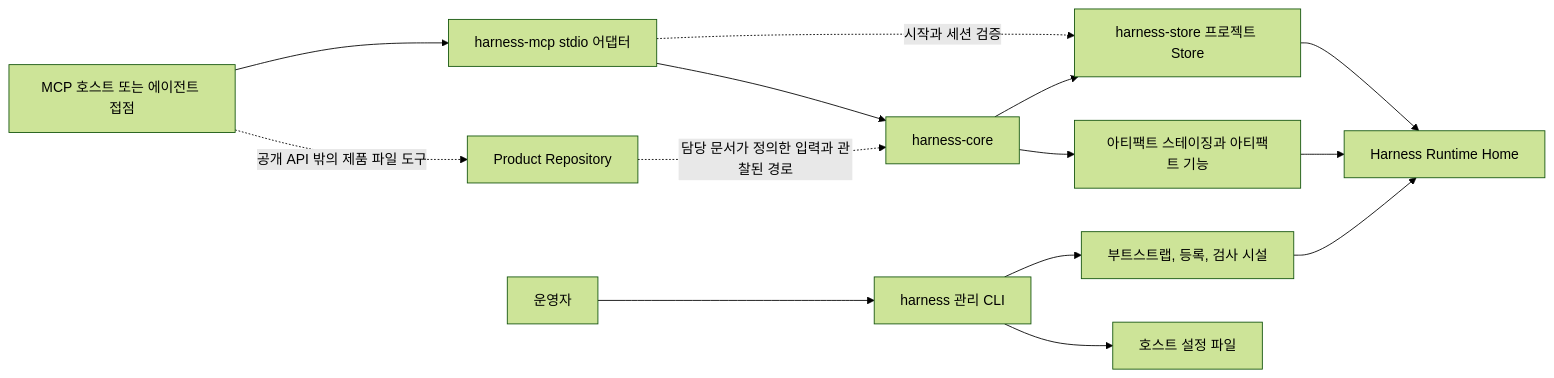
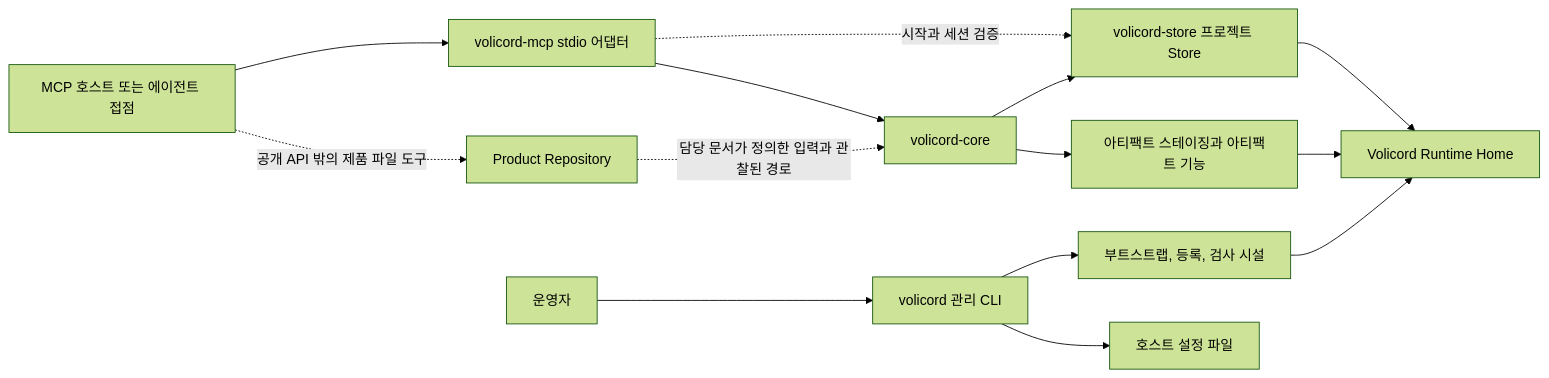
The first of 4 diagrams in docs/ko/development/architecture.md (minjungw00/Harness_Project), drawn with Mermaid (forest theme) before and after one commit. The commit also changed other lines of this file and 59 other files, not shown here.

````diff
--- a/docs/ko/development/architecture.md
+++ b/docs/ko/development/architecture.md
@@ -15,30 +15,30 @@
 ```mermaid
 flowchart LR
   host[MCP 호스트 또는 에이전트 접점]
-  mcp["harness-mcp stdio 어댑터"]
-  core["harness-core"]
-  store["harness-store 프로젝트 Store"]
+  mcp["volicord-mcp stdio 어댑터"]
+  core["volicord-core"]
+  store["volicord-store 프로젝트 Store"]
   artifacts[아티팩트 스테이징과 아티팩트 기능]
   operator[운영자]
-  cli["harness 관리 CLI"]
+  cli["volicord 관리 CLI"]
   bootstrap[부트스트랩, 등록, 검사 시설]
-  runtime["Harness Runtime Home"]
+  runtime["Volicord Runtime Home"]
   config[호스트 설정 파일]
   product["Product Repository"]
 
   host --> mcp
   mcp --> core
   mcp -. 시작과 세션 검증 .-> store
   core --> store
   core --> artifacts
   store --> runtime
   artifacts --> runtime
 
   operator --> cli
   cli --> bootstrap
   cli --> config
   bootstrap --> runtime
 
   product -. 담당 문서가 정의한 입력과 관찰된 경로 .-> core
   host -. 공개 API 밖의 제품 파일 도구 .-> product
 ```
````
